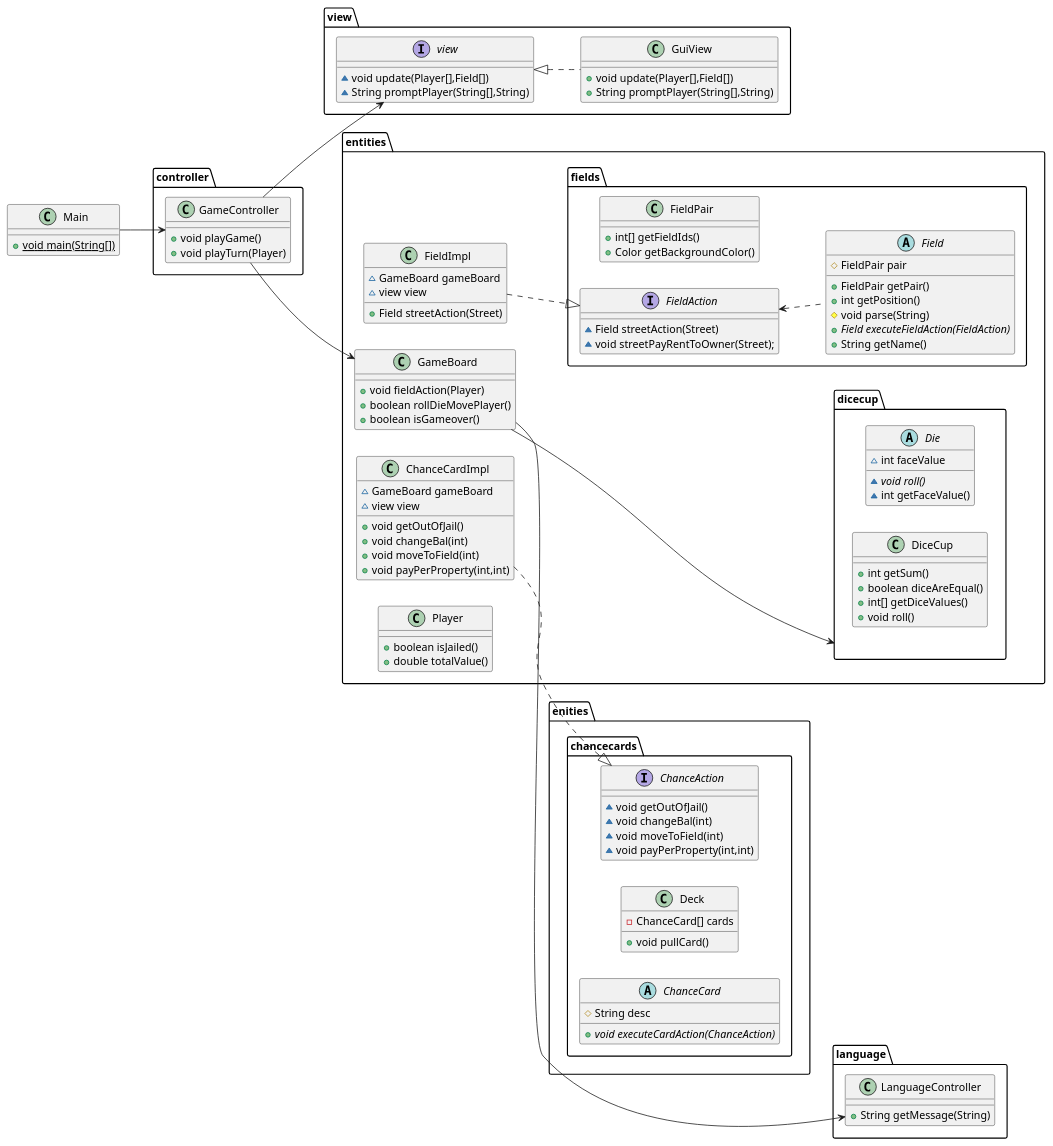
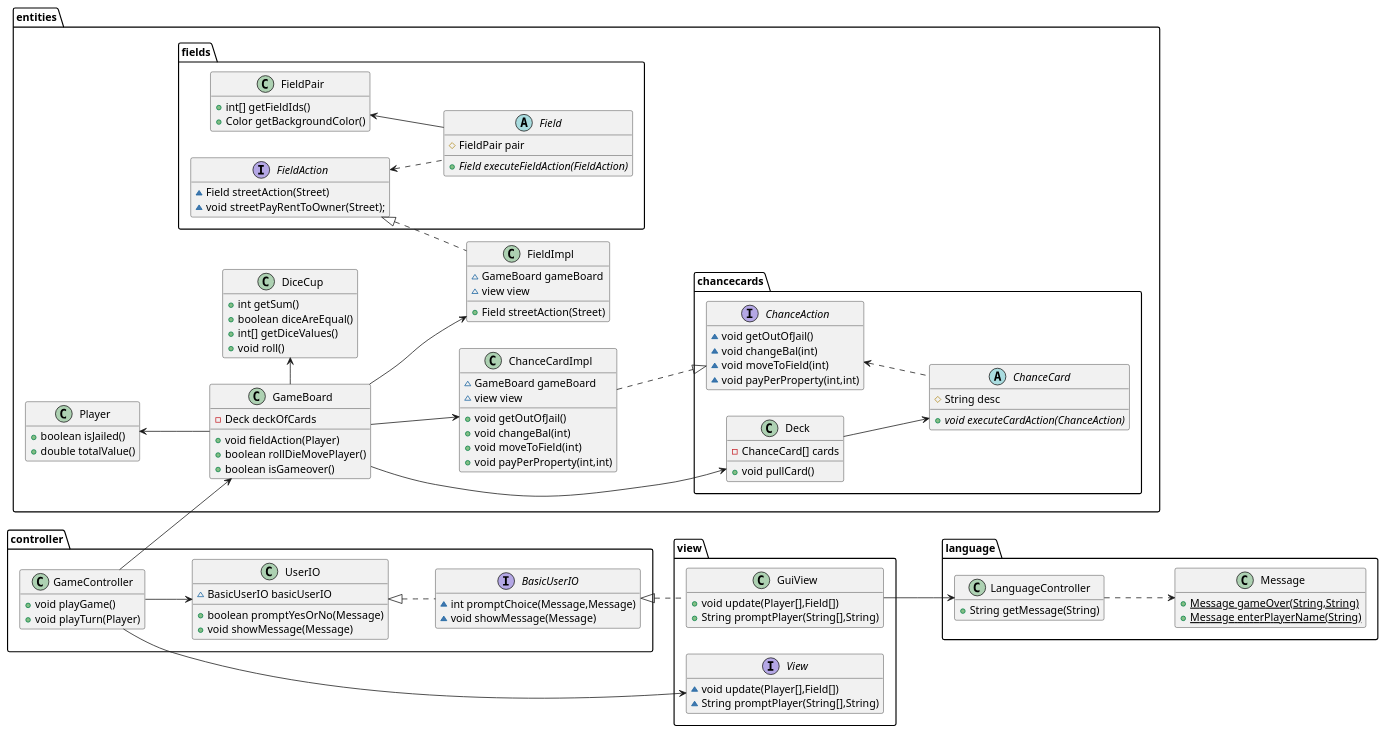
The diagram in diagrams/ClassDiagram2.puml (xdTobs/_22_del3), drawn with PlantUML before and after one commit.

Commit message:
Added some new classes to class diagram.

```diff
--- a/diagrams/ClassDiagram2.puml
+++ b/diagrams/ClassDiagram2.puml
@@ -1,126 +1,135 @@
 @startuml
+hide empty members
+'skinparam linetype ortho
 left to right direction
 
-interface view.view {
-~ void update(Player[],Field[])
-~ String promptPlayer(String[],String)
+package entities{
+    class ChanceCardImpl {
+        ~ GameBoard gameBoard
+        ~ view view
+        + void getOutOfJail()
+        + void changeBal(int)
+        + void moveToField(int)
+        + void payPerProperty(int,int)
+    }
+    class GameBoard {
+        - Deck deckOfCards
+        + void fieldAction(Player)
+        + boolean rollDieMovePlayer()
+        + boolean isGameover()
+    }
+
+    class Player {
+        + boolean isJailed()
+        + double totalValue()
+    }
+    class DiceCup {
+        + int getSum()
+        + boolean diceAreEqual()
+        + int[] getDiceValues()
+        + void roll()
+    }
+    class FieldImpl {
+	~ GameBoard gameBoard
+	~ view view
+	+ Field streetAction(Street)
+    }
+
+    package chancecards {
+        class Deck {
+            -ChanceCard[] cards
+            + void pullCard()
+        }
+        interface ChanceAction {
+            ~ void getOutOfJail()
+            ~ void changeBal(int)
+            ~ void moveToField(int)
+            ~ void payPerProperty(int,int)
+        }
+        abstract class ChanceCard {
+            # String desc
+            + {abstract}void executeCardAction(ChanceAction)
+        }
+    }
+    package fields {
+         abstract class Field {
+            # FieldPair pair
+            + {abstract}Field executeFieldAction(FieldAction)
+        }
+        class FieldPair {
+            + int[] getFieldIds()
+            + Color getBackgroundColor()
+        }
+
+        interface FieldAction {
+            ~ Field streetAction(Street)
+            ~ void streetPayRentToOwner(Street);
+        }
+    }
 }
 
 
-interface enities.chancecards.ChanceAction {
-~ void getOutOfJail()
-~ void changeBal(int)
-~ void moveToField(int)
-~ void payPerProperty(int,int)
+package language{
+    class LanguageController {
+        + String getMessage(String)
+    }
+    class Message {
+    + {static} Message gameOver(String,String)
+    + {static} Message enterPlayerName(String)
+    }
 }
-class entities.GameBoard {
-+ void fieldAction(Player)
-+ boolean rollDieMovePlayer()
-+ boolean isGameover()
+
+package controller {
+    class UserIO {
+        ~ BasicUserIO basicUserIO
+        + boolean promptYesOrNo(Message)
+        + void showMessage(Message)
+    }
+
+    interface BasicUserIO {
+        ~ int promptChoice(Message,Message)
+        ~ void showMessage(Message)
+    }
+
+    class GameController {
+        + void playGame()
+        + void playTurn(Player)
+    }
 }
-class entities.Player {
+package view{
+    class GuiView {
+        + void update(Player[],Field[])
+        + String promptPlayer(String[],String)
+    }
 
-
-
-
-
-
-
-+ boolean isJailed()
-+ double totalValue()
+    interface View {
+        ~ void update(Player[],Field[])
+        ~ String promptPlayer(String[],String)
+    }
 }
 
 
+GameController --> GameBoard
 
 
-class enities.chancecards.Deck {
--ChanceCard[] cards
-+ void pullCard()
-}
+GameBoard --> ChanceCardImpl
+GameBoard --> FieldImpl
 
-class entities.ChanceCardImpl {
-~ GameBoard gameBoard
-~ view view
-+ void getOutOfJail()
-+ void changeBal(int)
-+ void moveToField(int)
-+ void payPerProperty(int,int)
-}
-
-abstract class entities.fields.Field {
-
-
-# FieldPair pair
-+ FieldPair getPair()
-+ int getPosition()
-# void parse(String)
-+ {abstract}Field executeFieldAction(FieldAction)
-+ String getName()
-}
-class language.LanguageController {
-+ String getMessage(String)
-}
-class entities.fields.FieldPair {
-+ int[] getFieldIds()
-+ Color getBackgroundColor()
-}
-abstract class entities.dicecup.Die {
-~ int faceValue
-~ {abstract}void roll()
-~ int getFaceValue()
-}
-
-
-class entities.dicecup.DiceCup {
-+ int getSum()
-+ boolean diceAreEqual()
-+ int[] getDiceValues()
-+ void roll()
-}
-class controller.GameController {
-+ void playGame()
-+ void playTurn(Player)
-}
-
-
-
-class view.GuiView {
-+ void update(Player[],Field[])
-+ String promptPlayer(String[],String)
-}
-
-
-
-abstract class enities.chancecards.ChanceCard {
-# String desc
-+ {abstract}void executeCardAction(ChanceAction)
-}
-class entities.FieldImpl {
-~ GameBoard gameBoard
-~ view view
-+ Field streetAction(Street)
-}
-class Main {
-+ {static} void main(String[])
-}
-
-interface entities.fields.FieldAction {
-~ Field streetAction(Street)
-~ void streetPayRentToOwner(Street);
-}
-
-
-
-
-
-enities.chancecards.ChanceAction <|.up. entities.ChanceCardImpl
-entities.fields.FieldAction <|.up. entities.FieldImpl
-view.view <|.. view.GuiView
-controller.GameController --> view.view
-controller.GameController --> entities.GameBoard
-entities.GameBoard -down-->entities.dicecup
-Main -->controller.GameController
-entities.GameBoard --->language.LanguageController
-entities.fields.FieldAction<..entities.fields.Field
+GameBoard -up-> Player
+GameBoard -right-> DiceCup
+GameBoard --> Deck
+GuiView --> LanguageController
+LanguageController ..> Message
+ChanceCardImpl ..|>ChanceAction
+FieldAction <|.. FieldImpl
+'View <|..GuiView
+BasicUserIO <|..GuiView
+UserIO <|..BasicUserIO
+GameController -left->View
+FieldAction <..Field
+FieldPair <--Field
+Deck  -->ChanceCard
+GameController -->UserIO
+ChanceAction <..ChanceCard
 
 @enduml
```
